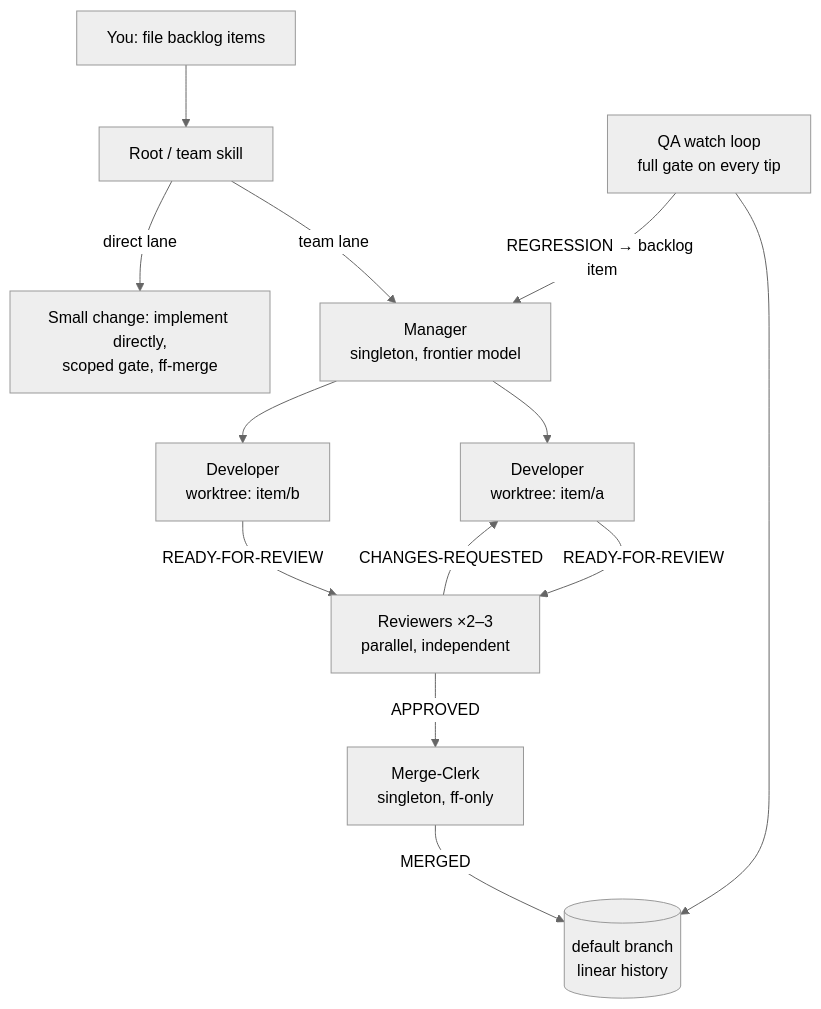
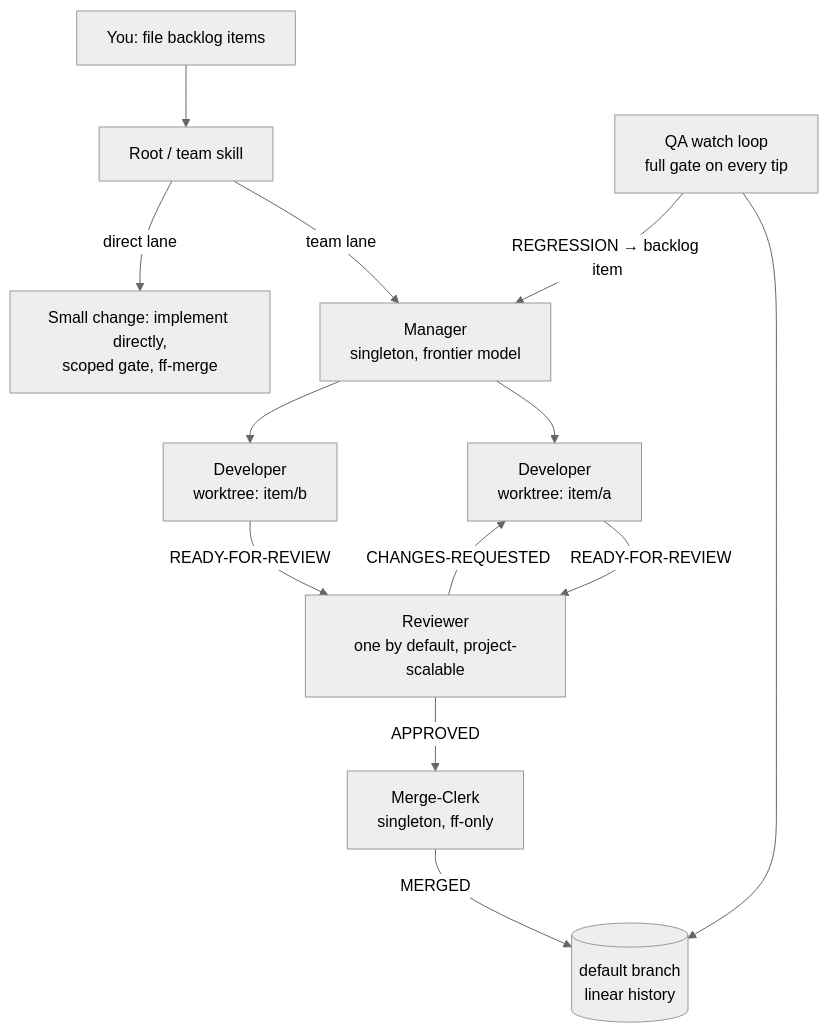
The diagram in README.md (dipeshc/claude-delivery-team), drawn with Mermaid (neutral theme) before and after one commit. The commit also changed other lines of this file and 6 other files, not shown here.

Commit message:
docs: default to one reviewer; require actionable backlog items, spec-with-change, and on-demand consistency audits

````diff
--- a/README.md
+++ b/README.md
@@ -17,15 +17,15 @@
 ```mermaid
 flowchart TD
     U[You: file backlog items] --> R[Root / team skill]
     R -->|team lane| M[Manager<br/>singleton, frontier model]
     R -->|direct lane| D0[Small change: implement directly,<br/>scoped gate, ff-merge]
     M --> DEV1[Developer<br/>worktree: item/a]
     M --> DEV2[Developer<br/>worktree: item/b]
-    DEV1 -->|READY-FOR-REVIEW| REV[Reviewers ×2–3<br/>parallel, independent]
+    DEV1 -->|READY-FOR-REVIEW| REV[Reviewer<br/>one by default, project-scalable]
     DEV2 -->|READY-FOR-REVIEW| REV
     REV -->|APPROVED| MC[Merge-Clerk<br/>singleton, ff-only]
     REV -->|CHANGES-REQUESTED| DEV1
     MC -->|MERGED| MAIN[(default branch<br/>linear history)]
     QA[QA watch loop<br/>full gate on every tip] --> MAIN
     QA -->|REGRESSION → backlog item| M
 ```
````
